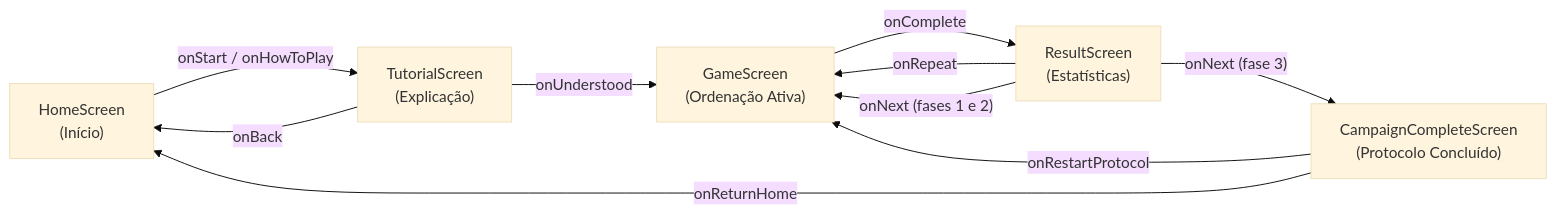
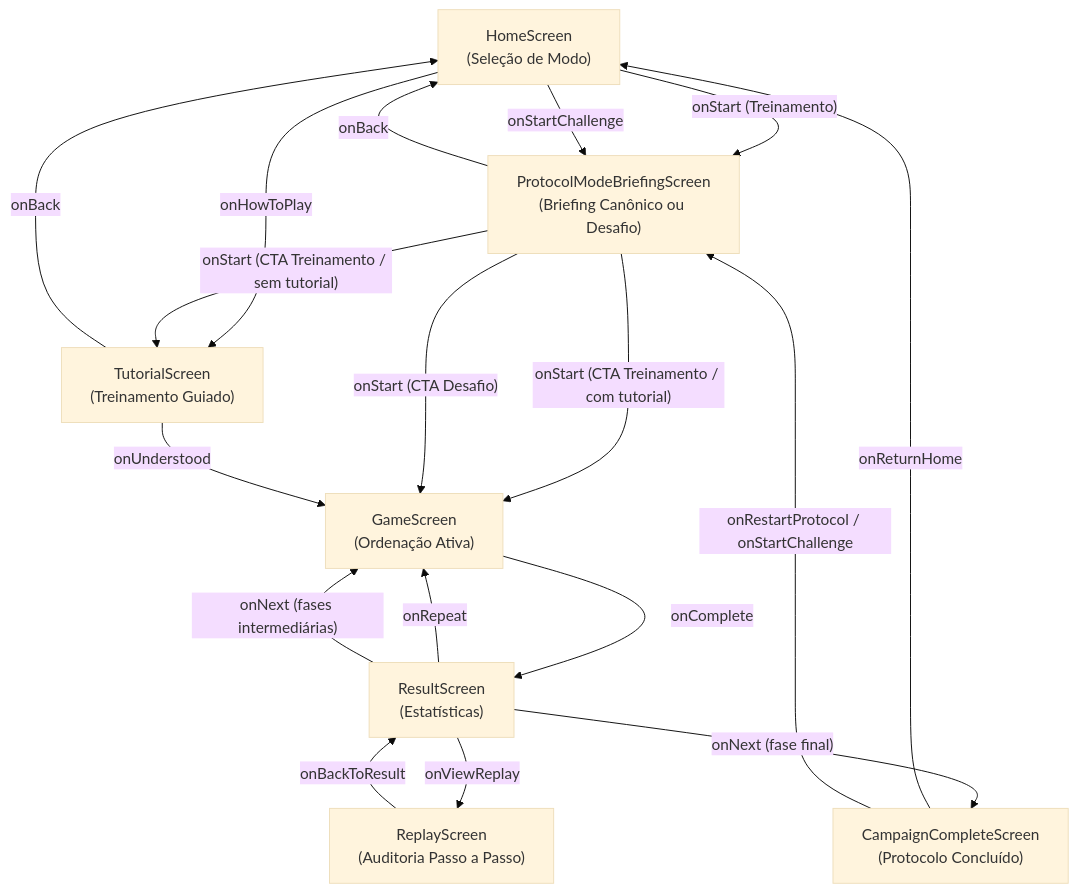
The diagram in docs/wiki/03-frontend.md (MarcosV22/Sorting-Station-Interface-Design), drawn with Mermaid (base theme) before and after one commit. The commit also changed other lines of this file and 52 other files, not shown here.

````diff
--- a/docs/wiki/03-frontend.md
+++ b/docs/wiki/03-frontend.md
@@ -58,12 +61,20 @@
 ```mermaid
-flowchart LR
-    Home["HomeScreen\n(Início)"] -->|"onStart / onHowToPlay"| Tutorial["TutorialScreen\n(Explicação)"]
+flowchart TD
+    Home["HomeScreen\n(Seleção de Modo)"] -->|"onStart (Treinamento)"| Briefing["ProtocolModeBriefingScreen\n(Briefing Canônico ou Desafio)"]
+    Home -->|"onStartChallenge"| Briefing
+    Home -->|"onHowToPlay"| Tutorial["TutorialScreen\n(Treinamento Guiado)"]
+    Briefing -->|"onBack"| Home
+    Briefing -->|"onStart (CTA Treinamento / sem tutorial)"| Tutorial
+    Briefing -->|"onStart (CTA Treinamento / com tutorial)"| Game["GameScreen\n(Ordenação Ativa)"]
+    Briefing -->|"onStart (CTA Desafio)"| Game
     Tutorial -->|"onBack"| Home
-    Tutorial -->|"onUnderstood"| Game["GameScreen\n(Ordenação Ativa)"]
+    Tutorial -->|"onUnderstood"| Game
     Game -->|"onComplete"| Result["ResultScreen\n(Estatísticas)"]
     Result -->|"onRepeat"| Game
-    Result -->|"onNext (fases 1 e 2)"| Game
-    Result -->|"onNext (fase 3)"| Complete["CampaignCompleteScreen\n(Protocolo Concluído)"]
+    Result -->|"onNext (fases intermediárias)"| Game
+    Result -->|"onViewReplay"| Replay["ReplayScreen\n(Auditoria Passo a Passo)"]
+    Replay -->|"onBackToResult"| Result
+    Result -->|"onNext (fase final)"| Complete["CampaignCompleteScreen\n(Protocolo Concluído)"]
     Complete -->|"onReturnHome"| Home
-    Complete -->|"onRestartProtocol"| Game
+    Complete -->|"onRestartProtocol / onStartChallenge"| Briefing
 ```
````
